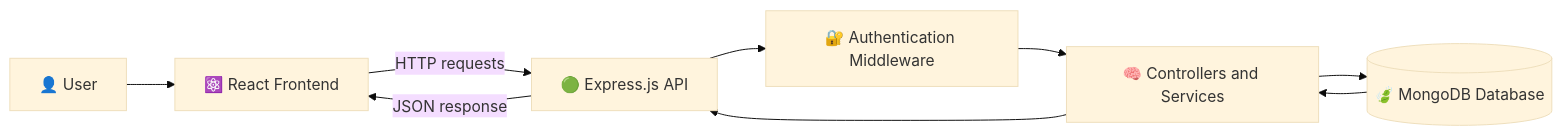
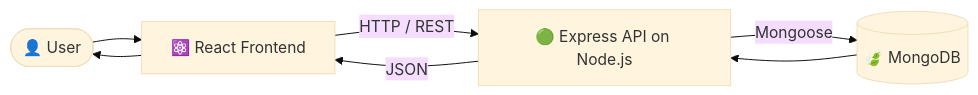
One commit to abdulahadwebdev99/abdulahadwebdev99 changed the diagram in README.md. Above: the diagram before and after it, drawn with Mermaid (base theme). The commit also changed other lines of this file, not shown here.

````diff
--- a/README.md
+++ b/README.md
@@ -52,11 +96,9 @@
 ```mermaid
 flowchart LR
-    A[👤 User] --> B[⚛️ React Frontend]
-    B -->|HTTP requests| C[🟢 Express.js API]
-    C --> D[🔐 Authentication Middleware]
-    D --> E[🧠 Controllers and Services]
-    E --> F[(🍃 MongoDB Database)]
-    F --> E
-    E --> C
-    C -->|JSON response| B
+    U([👤 User]) --> F[⚛️ React Frontend]
+    F -- "HTTP / REST" --> A[🟢 Express API on Node.js]
+    A -- "Mongoose" --> D[(🍃 MongoDB)]
+    D --> A
+    A -- "JSON" --> F
+    F --> U
 ```
````
